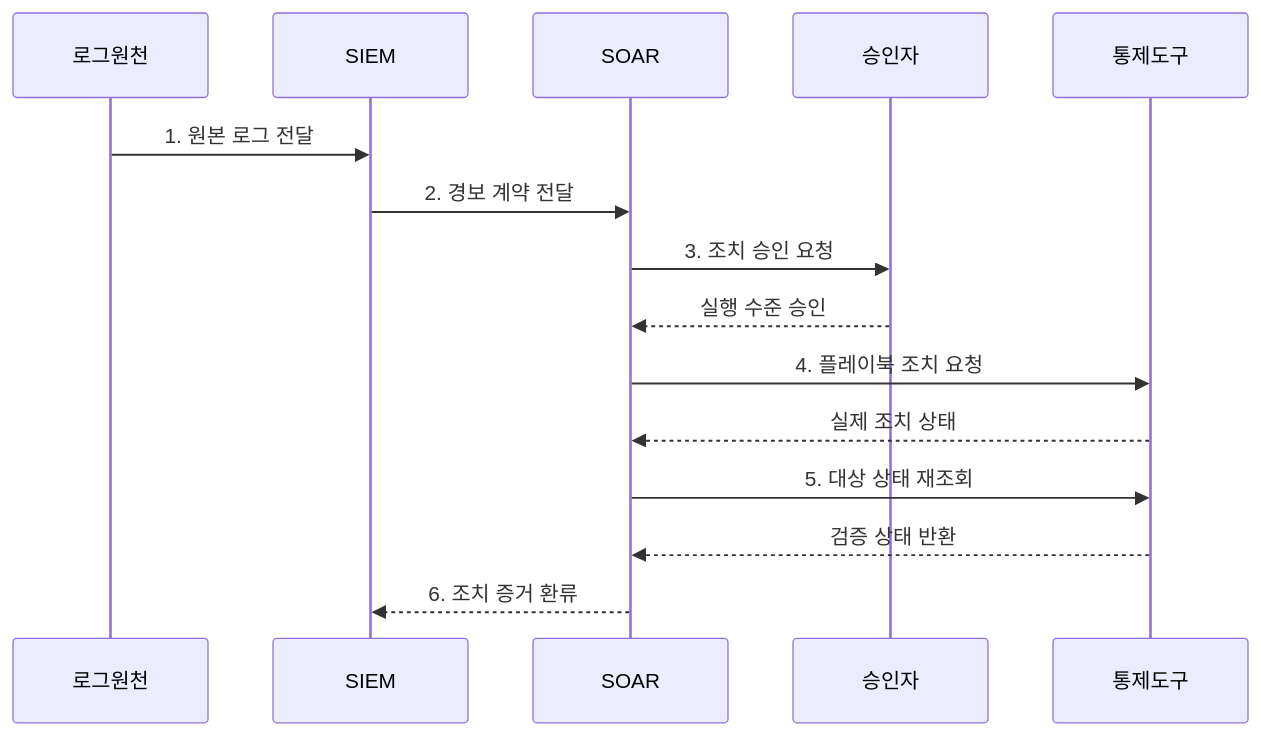
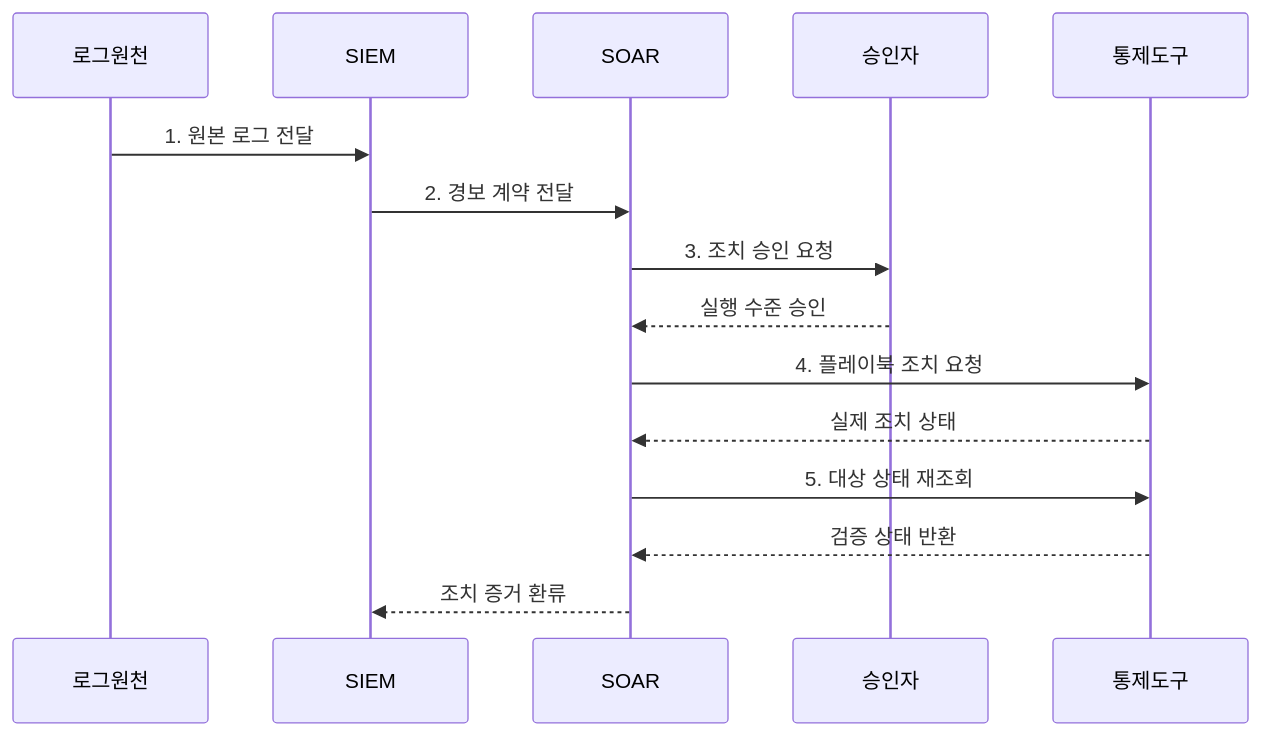
The second of 2 diagrams in src/content/docs/notes/04-network/095_siem_vs_soar_comparison.md (agnusdei1207/knowledge-base), drawn with Mermaid before and after one commit. The commit also changed other lines of this file and 20 other files, not shown here.

````diff
--- a/src/content/docs/notes/04-network/095_siem_vs_soar_comparison.md
+++ b/src/content/docs/notes/04-network/095_siem_vs_soar_comparison.md
@@ -98,17 +98,17 @@
 ```mermaid
 sequenceDiagram
     participant 로그원천
     participant SIEM
     participant SOAR
     participant 승인자
     participant 통제도구
     로그원천->>SIEM: 1. 원본 로그 전달
     SIEM->>SOAR: 2. 경보 계약 전달
     SOAR->>승인자: 3. 조치 승인 요청
     승인자-->>SOAR: 실행 수준 승인
     SOAR->>통제도구: 4. 플레이북 조치 요청
     통제도구-->>SOAR: 실제 조치 상태
     SOAR->>통제도구: 5. 대상 상태 재조회
     통제도구-->>SOAR: 검증 상태 반환
-    SOAR-->>SIEM: 6. 조치 증거 환류
+    SOAR-->>SIEM: 조치 증거 환류
 ```
````
